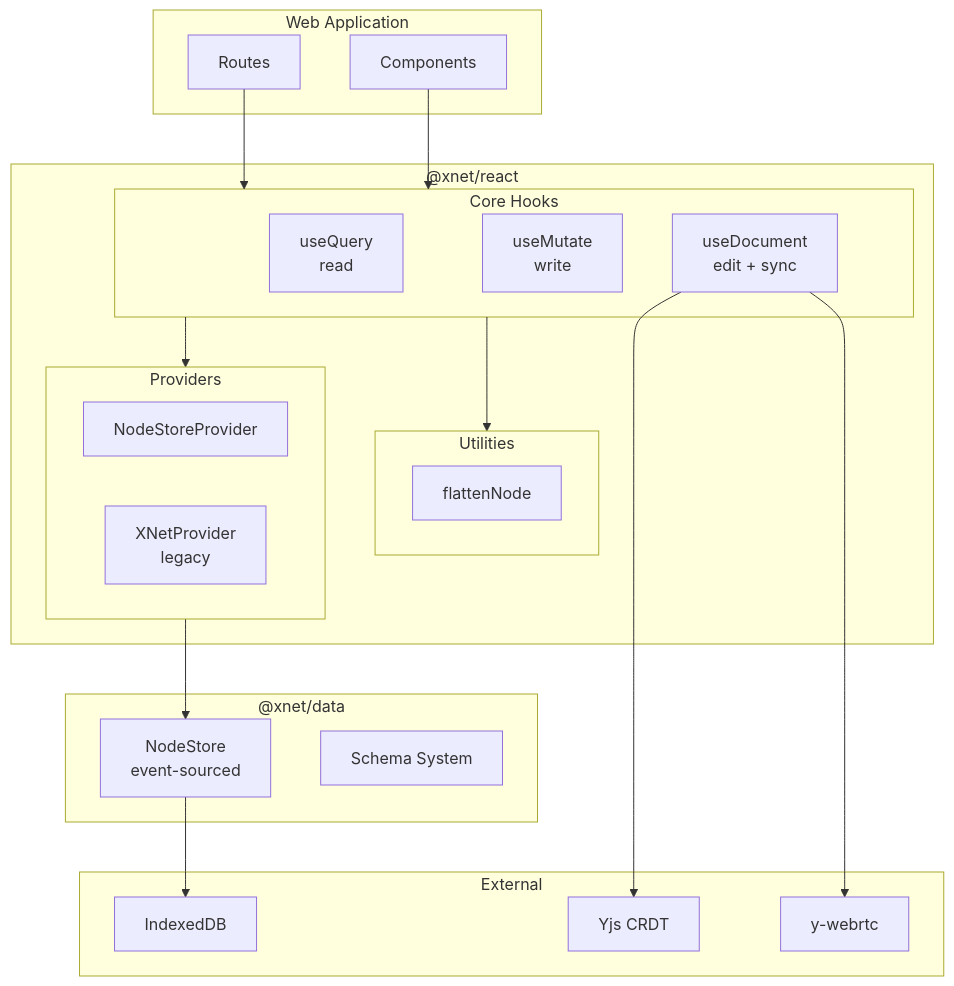
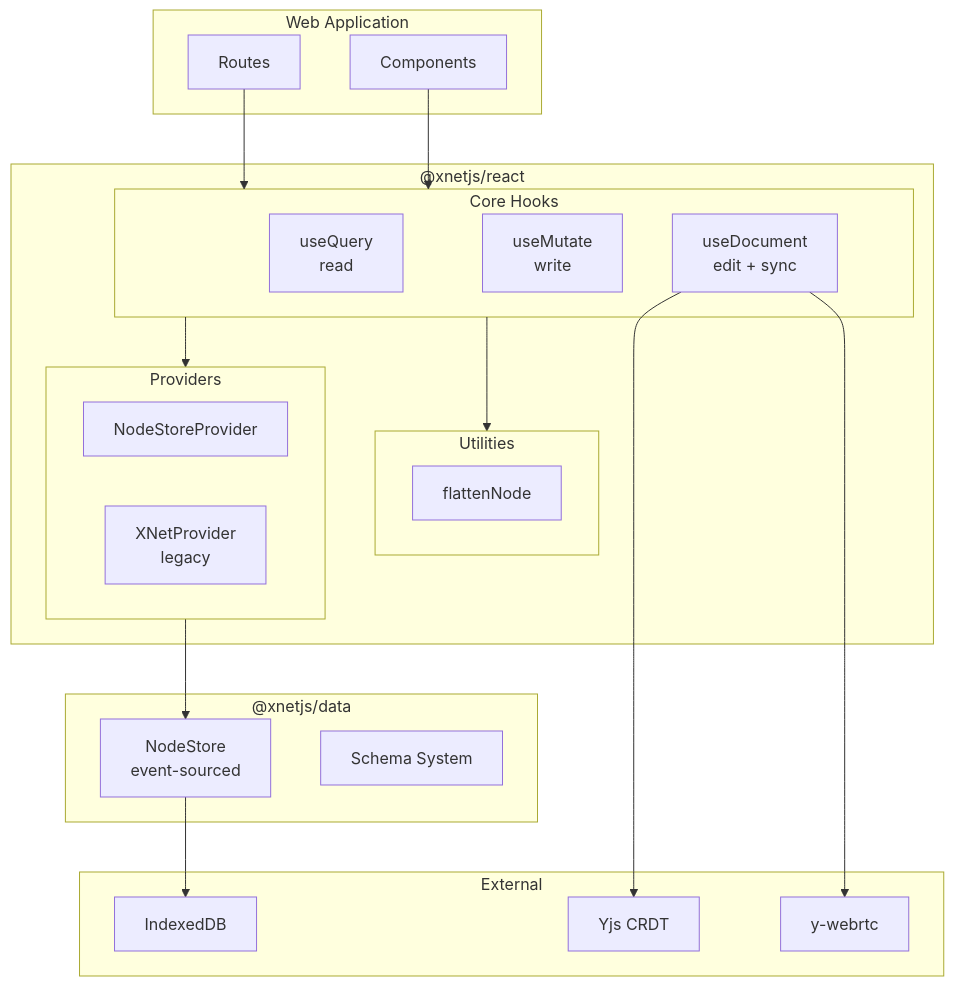
One commit to crs48/xNet changed the first of 2 diagrams in docs/explorations/0018_[x]_REACT_HOOKS_API_V2.md. Above: the diagram before and after it, drawn with Mermaid. The commit also changed other lines of this file and 980 other files, not shown here.

````diff
--- a/docs/explorations/0018_[x]_REACT_HOOKS_API_V2.md
+++ b/docs/explorations/0018_[x]_REACT_HOOKS_API_V2.md
@@ -45,44 +45,44 @@
 ```mermaid
 flowchart TB
     subgraph App ["Web Application"]
         routes[Routes]
         components[Components]
     end
 
-    subgraph React ["@xnet/react"]
+    subgraph React ["@xnetjs/react"]
         subgraph Hooks ["Core Hooks"]
             useQuery["useQuery<br/>read"]
             useMutate["useMutate<br/>write"]
             useDocument["useDocument<br/>edit + sync"]
         end
 
         subgraph Context ["Providers"]
             NodeStoreProvider
             XNetProvider["XNetProvider<br/>legacy"]
         end
 
         subgraph Utils ["Utilities"]
             flattenNode
         end
     end
 
-    subgraph Data ["@xnet/data"]
+    subgraph Data ["@xnetjs/data"]
         NodeStore["NodeStore<br/>event-sourced"]
         Schema["Schema System"]
     end
 
     subgraph External ["External"]
         Yjs["Yjs CRDT"]
         WebRTC["y-webrtc"]
         Storage["IndexedDB"]
     end
 
     routes --> Hooks
     components --> Hooks
     Hooks --> Context
     Hooks --> Utils
     Context --> NodeStore
     useDocument --> Yjs
     useDocument --> WebRTC
     NodeStore --> Storage
 ```
````
